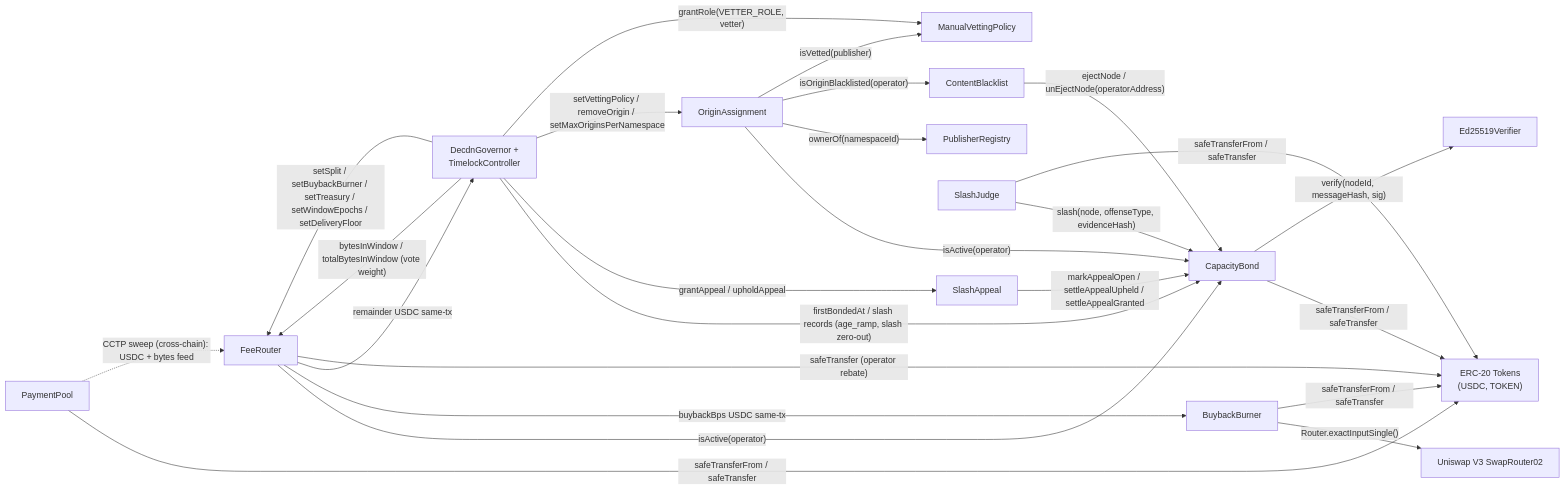
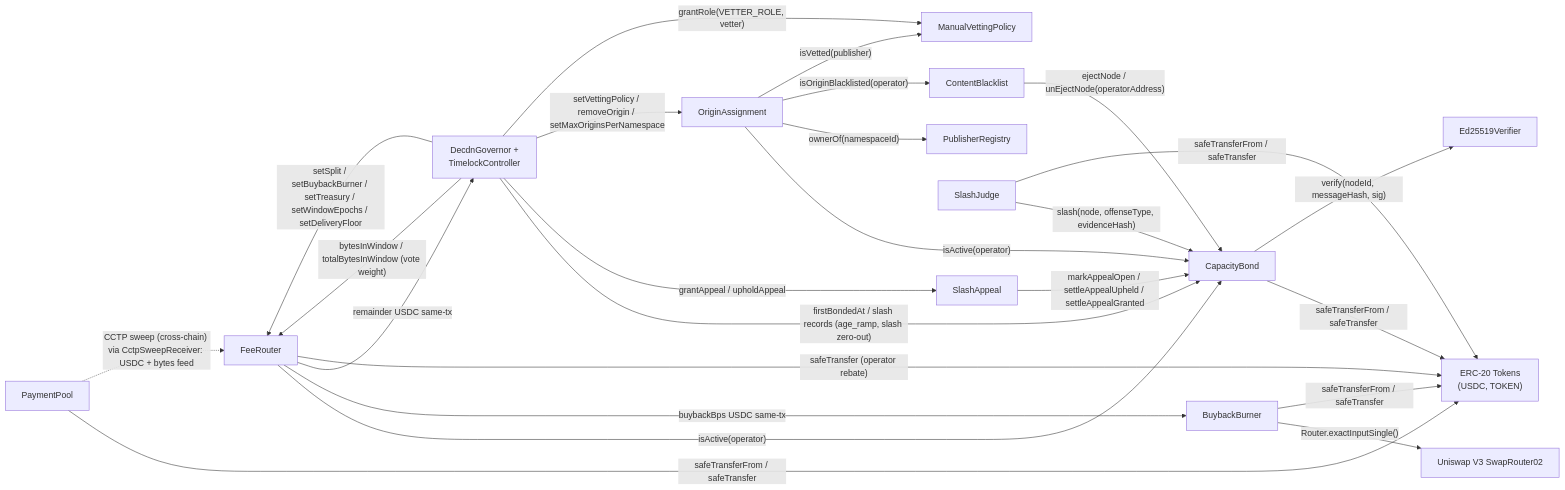
Before and after one commit to decdn/decdn: the third of 5 diagrams in adr/016-contract-interactions.md, drawn with Mermaid. The commit also changed other lines of this file and 3 other files, not shown here.

````diff
--- a/adr/016-contract-interactions.md
+++ b/adr/016-contract-interactions.md
@@ -481,42 +486,42 @@
 ```mermaid
 graph LR
     SPC["PaymentPool"]
     CBOND["CapacityBond"]
     CB["ContentBlacklist"]
     PR["PublisherRegistry"]
     OA["OriginAssignment"]
     MVP["ManualVettingPolicy"]
     SJ["SlashJudge"]
     BB["BuybackBurner"]
     FR["FeeRouter"]
     SA["SlashAppeal"]
     GOV["DecdnGovernor +<br/>TimelockController"]
     ERC["ERC-20 Tokens<br/>(USDC, TOKEN)"]
     UNI["Uniswap V3 SwapRouter02"]
     ED["Ed25519Verifier"]
 
     SPC -->|"safeTransferFrom / safeTransfer"| ERC
-    SPC -.->|"CCTP sweep (cross-chain): USDC + bytes feed"| FR
+    SPC -.->|"CCTP sweep (cross-chain) via CctpSweepReceiver: USDC + bytes feed"| FR
     FR -->|"isActive(operator)"| CBOND
     FR -->|"buybackBps USDC same-tx"| BB
     FR -->|"remainder USDC same-tx"| GOV
     FR -->|"safeTransfer (operator rebate)"| ERC
     GOV -->|"bytesInWindow / totalBytesInWindow (vote weight)"| FR
     GOV -->|"firstBondedAt / slash records (age_ramp, slash zero-out)"| CBOND
     GOV -->|"grantAppeal / upholdAppeal"| SA
     GOV -->|"setSplit / setBuybackBurner / setTreasury / setWindowEpochs / setDeliveryFloor"| FR
     CB -->|"ejectNode / unEjectNode(operatorAddress)"| CBOND
     OA -->|"isActive(operator)"| CBOND
     OA -->|"ownerOf(namespaceId)"| PR
     OA -->|"isOriginBlacklisted(operator)"| CB
     OA -->|"isVetted(publisher)"| MVP
     GOV -->|"setVettingPolicy / removeOrigin / setMaxOriginsPerNamespace"| OA
     GOV -->|"grantRole(VETTER_ROLE, vetter)"| MVP
     SJ -->|"slash(node, offenseType, evidenceHash)"| CBOND
     SJ -->|"safeTransferFrom / safeTransfer"| ERC
     CBOND -->|"safeTransferFrom / safeTransfer"| ERC
     CBOND -->|"verify(nodeId, messageHash, sig)"| ED
     SA -->|"markAppealOpen / settleAppealUpheld / settleAppealGranted"| CBOND
     BB -->|"Router.exactInputSingle()"| UNI
     BB -->|"safeTransferFrom / safeTransfer"| ERC
 ```
````
